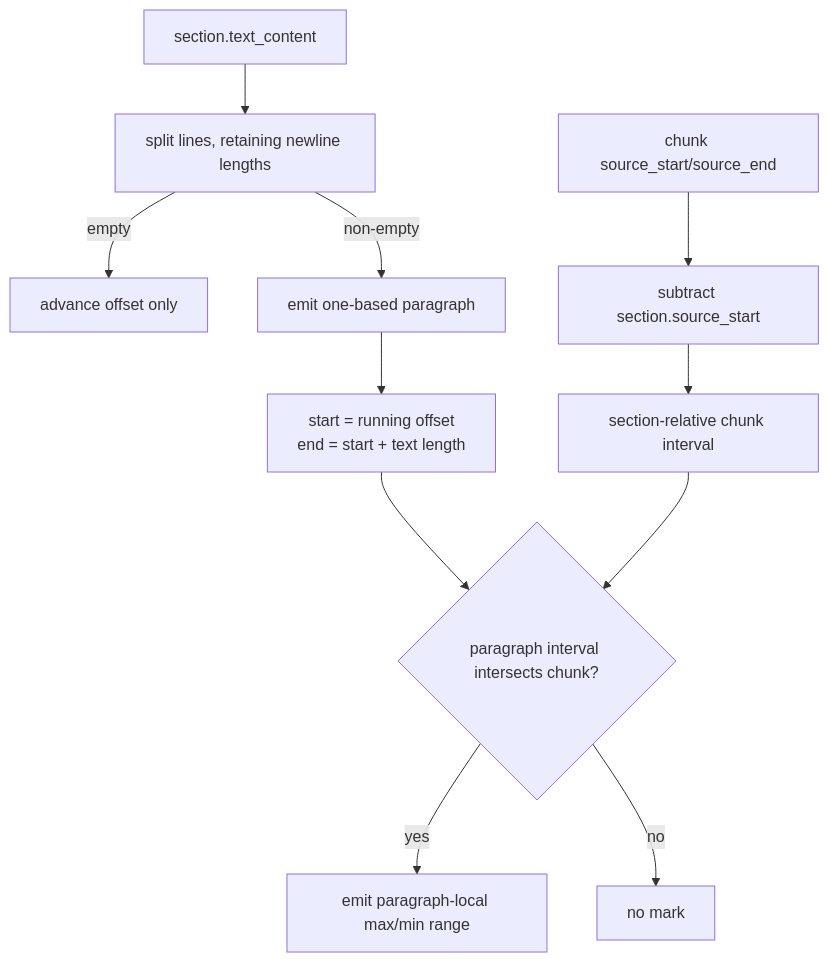
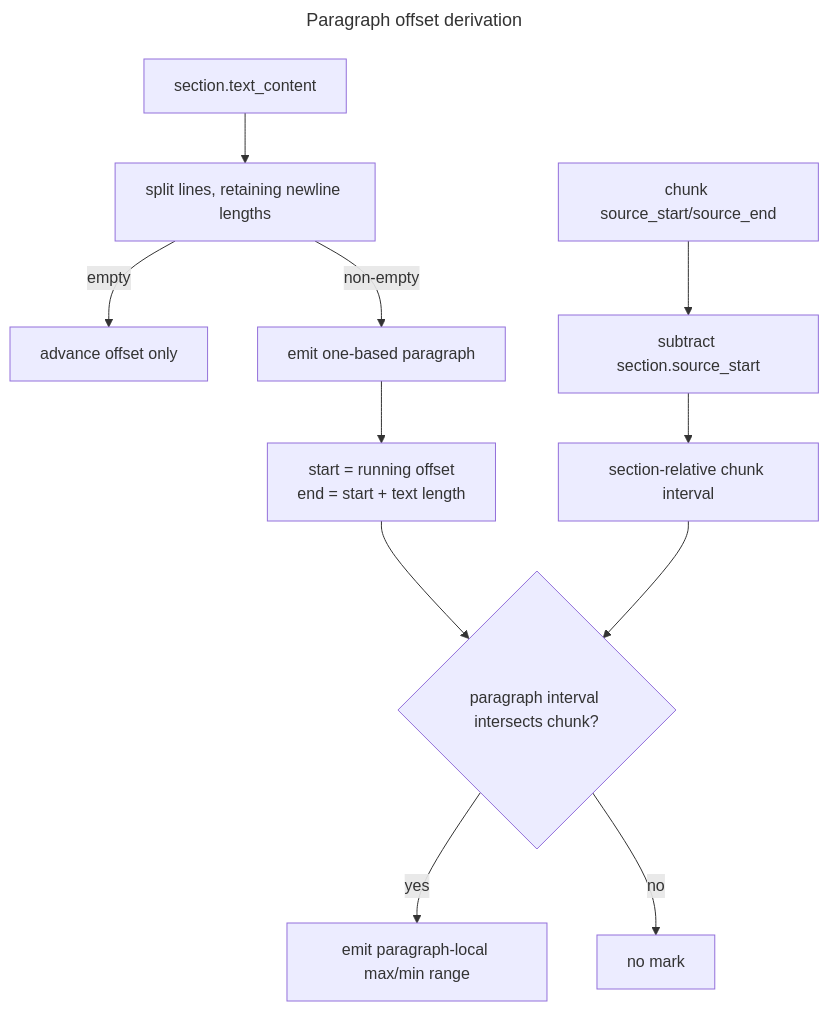
Before and after one commit to hongchit/sec-filing-rag-poc: the second of 4 diagrams in docs/corpus-reader.md, drawn with Mermaid. The commit also changed other lines of this file and 43 other files, not shown here.

````diff
--- a/docs/corpus-reader.md
+++ b/docs/corpus-reader.md
@@ -101,13 +104,16 @@
 ```mermaid
+---
+title: Paragraph offset derivation
+---
 flowchart TD
   T[section.text_content] --> SL[split lines, retaining newline lengths]
   SL -->|empty| O[advance offset only]
   SL -->|non-empty| P[emit one-based paragraph]
   P --> SP[start = running offset<br/>end = start + text length]
   CH[chunk source_start/source_end] --> SUB[subtract section.source_start]
   SUB --> CS[section-relative chunk interval]
   SP --> X{paragraph interval intersects chunk?}
   CS --> X
   X -- yes --> H[emit paragraph-local max/min range]
   X -- no --> SKIP[no mark]
 ```
````
